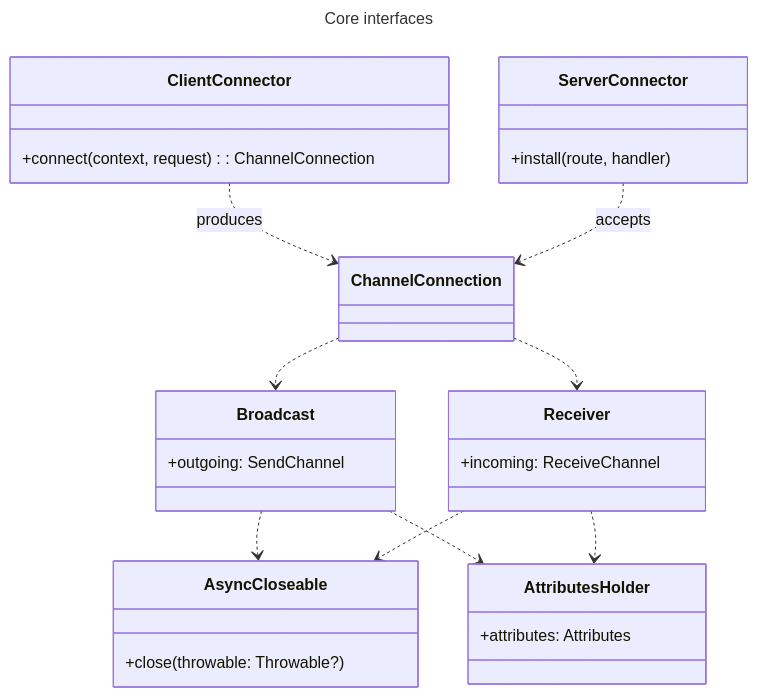
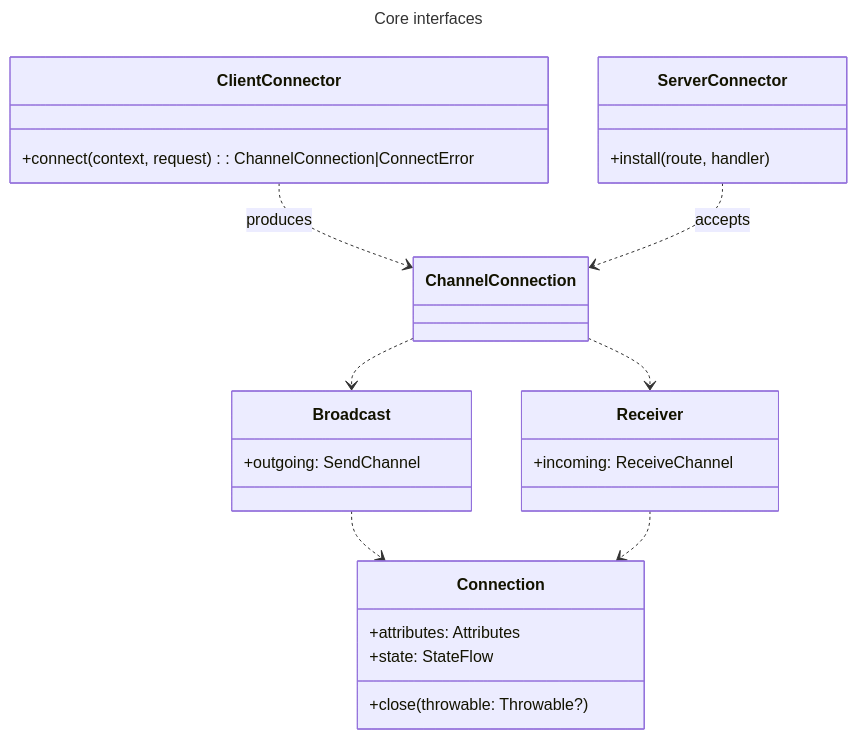
Before and after one commit to ktorio/ktor-klip: the diagram in proposals/0010-message-protocol-layer.md, drawn with Mermaid. The commit also changed other lines of this file, not shown here.

````diff
--- a/proposals/0010-message-protocol-layer.md
+++ b/proposals/0010-message-protocol-layer.md
@@ -231,34 +238,31 @@
 ```mermaid
 ---
 title: Core interfaces
 ---
 classDiagram
-    class AttributesHolder {
+    class Connection {
         +attributes: Attributes
-    }
-    class AsyncCloseable {
+        +state: StateFlow<ConnectionState>
         +close(throwable: Throwable?)
     }
     class Receiver {
         +incoming: ReceiveChannel
     }
     class Broadcast {
         +outgoing: SendChannel
     }
     class ChannelConnection {}
     class ClientConnector {
-        +connect(context, request): ChannelConnection
+        +connect(context, request): ChannelConnection|ConnectError
     }
     class ServerConnector {
         +install(route, handler)
     }
     
-    Broadcast ..> AsyncCloseable
-    Broadcast ..> AttributesHolder
-    Receiver ..> AsyncCloseable
-    Receiver ..> AttributesHolder
+    Broadcast ..> Connection
+    Receiver ..> Connection
     ChannelConnection ..> Receiver
     ChannelConnection ..> Broadcast
     ClientConnector ..> ChannelConnection: produces
     ServerConnector ..> ChannelConnection: accepts
 ```
````
